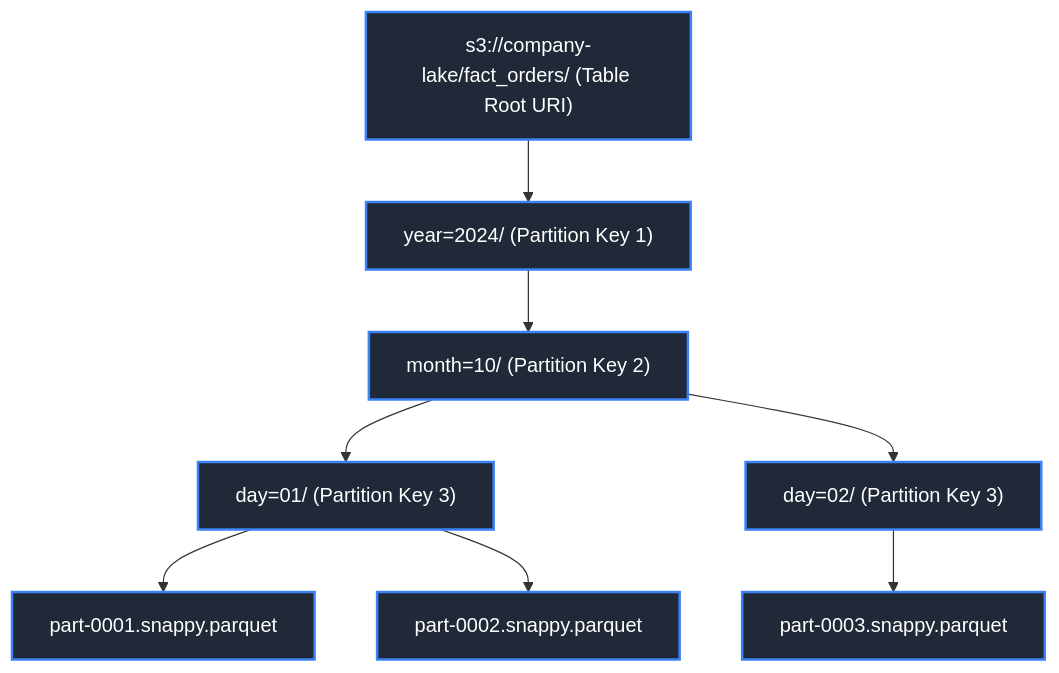
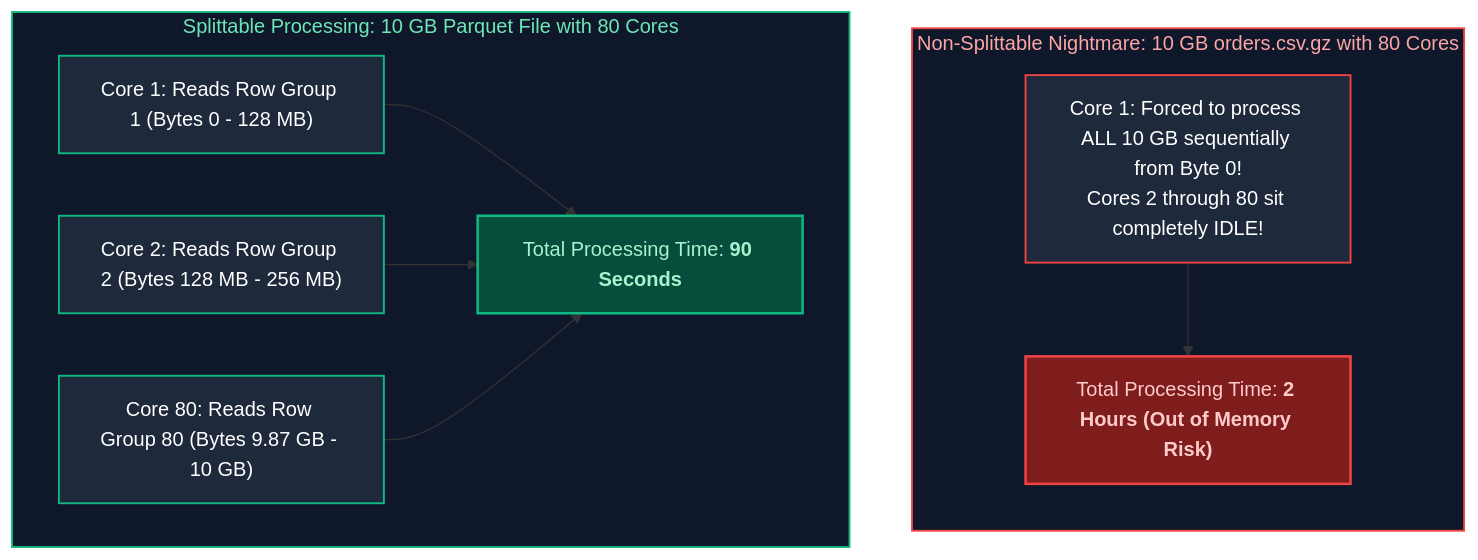
Before and after one commit to joydeep-biswas/Interview-Preparation: the eighth of 11 diagrams in Data Engineering/07_file_formats_and_storage.md, drawn with Mermaid. The commit also changed other lines of this file and 143 other files, not shown here.

````diff
--- a/Data Engineering/07_file_formats_and_storage.md
+++ b/Data Engineering/07_file_formats_and_storage.md
@@ -474,19 +473,27 @@
 ```mermaid
 flowchart TD
-    Root["s3://company-lake/fact_orders/ (Table Root URI)"] --> Y2024["year=2024/ (Partition Key 1)"]
-    Y2024 --> M10["month=10/ (Partition Key 2)"]
-    M10 --> D01["day=01/ (Partition Key 3)"]
-    M10 --> D02["day=02/ (Partition Key 3)"]
-    D01 --> F1["part-0001.snappy.parquet"]
-    D01 --> F2["part-0002.snappy.parquet"]
-    D02 --> F3["part-0003.snappy.parquet"]
 
-    style Root fill:#1f2937,stroke:#3b82f6,stroke-width:2px,color:#fff
-    style Y2024 fill:#1f2937,stroke:#3b82f6,stroke-width:2px,color:#fff
-    style M10 fill:#1f2937,stroke:#3b82f6,stroke-width:2px,color:#fff
-    style D01 fill:#1f2937,stroke:#3b82f6,stroke-width:2px,color:#fff
-    style D02 fill:#1f2937,stroke:#3b82f6,stroke-width:2px,color:#fff
-    style F1 fill:#1f2937,stroke:#3b82f6,stroke-width:2px,color:#fff
-    style F2 fill:#1f2937,stroke:#3b82f6,stroke-width:2px,color:#fff
-    style F3 fill:#1f2937,stroke:#3b82f6,stroke-width:2px,color:#fff
+    subgraph NonSplittableProcessing ["Non-Splittable Nightmare: 10 GB orders.csv.gz with 80 Cores"]
+        direction TD
+        SingleCore["Core 1: Forced to process ALL 10 GB sequentially from Byte 0!<br/>Cores 2 through 80 sit completely IDLE!"]
+        Done2["Total Processing Time: <b>2 Hours (Out of Memory Risk)</b>"]
+        SingleCore --> Done2
+    end
+
+    subgraph SplittableProcessing ["Splittable Processing: 10 GB Parquet File with 80 Cores"]
+        Core1["Core 1: Reads Row Group 1 (Bytes 0 - 128 MB)"]
+        Core2["Core 2: Reads Row Group 2 (Bytes 128 MB - 256 MB)"]
+        CoreN["Core 80: Reads Row Group 80 (Bytes 9.87 GB - 10 GB)"]
+        Done1["Total Processing Time: <b>90 Seconds</b>"]
+        Core1 & Core2 & CoreN --> Done1
+    end
+
+    style SplittableProcessing fill:#0f172a,stroke:#10b981,stroke-width:1.5px,color:#6ee7b7
+    style NonSplittableProcessing fill:#0f172a,stroke:#ef4444,stroke-width:1.5px,color:#fca5a5
+    style Core1 fill:#1e293b,stroke:#10b981,stroke-width:1.5px,color:#fff
+    style Core2 fill:#1e293b,stroke:#10b981,stroke-width:1.5px,color:#fff
+    style CoreN fill:#1e293b,stroke:#10b981,stroke-width:1.5px,color:#fff
+    style Done1 fill:#064e3b,stroke:#10b981,stroke-width:2px,color:#a7f3d0
+    style SingleCore fill:#1e293b,stroke:#ef4444,stroke-width:1.5px,color:#fff
+    style Done2 fill:#7f1d1d,stroke:#ef4444,stroke-width:2px,color:#fecaca
 ```
````
